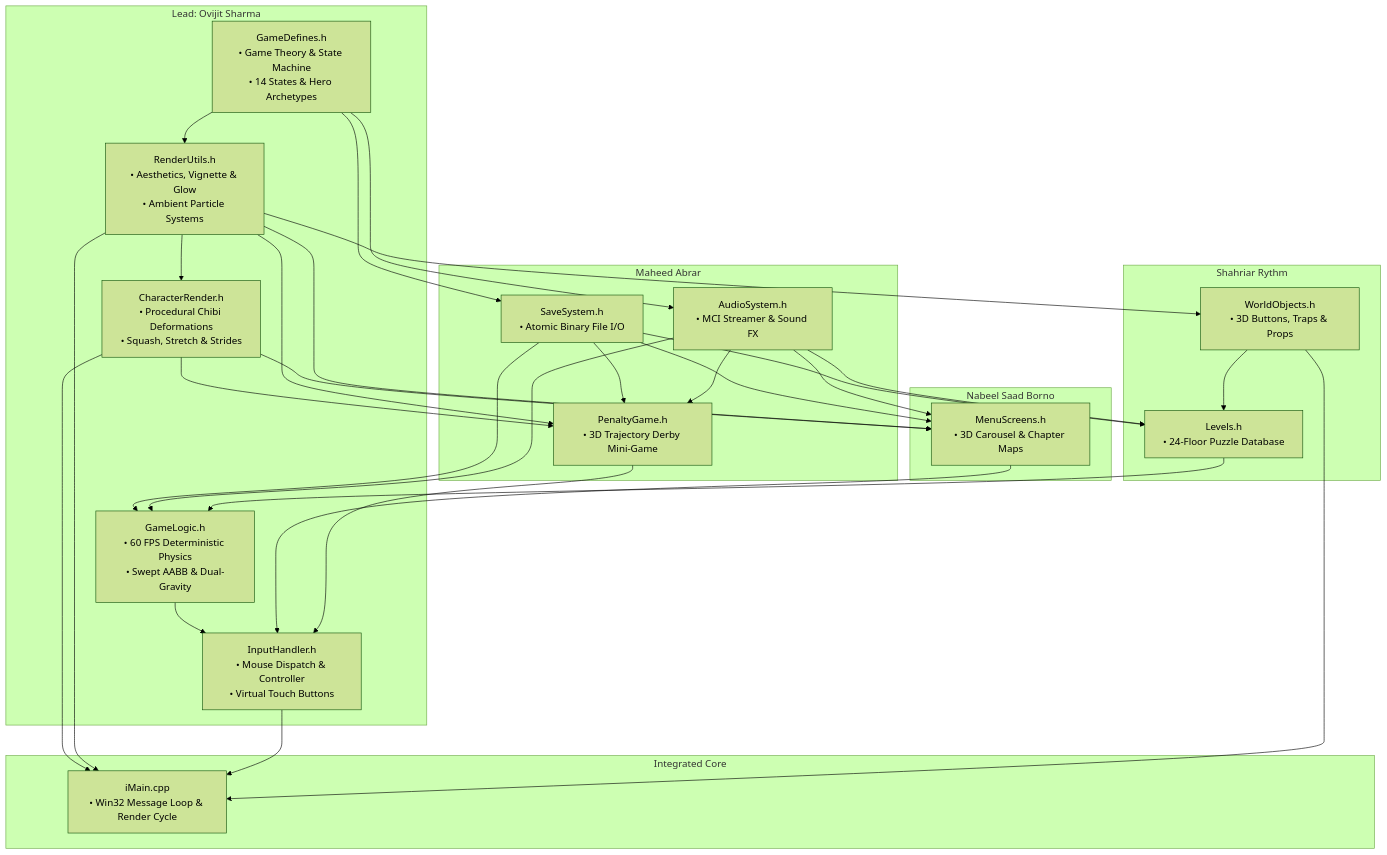
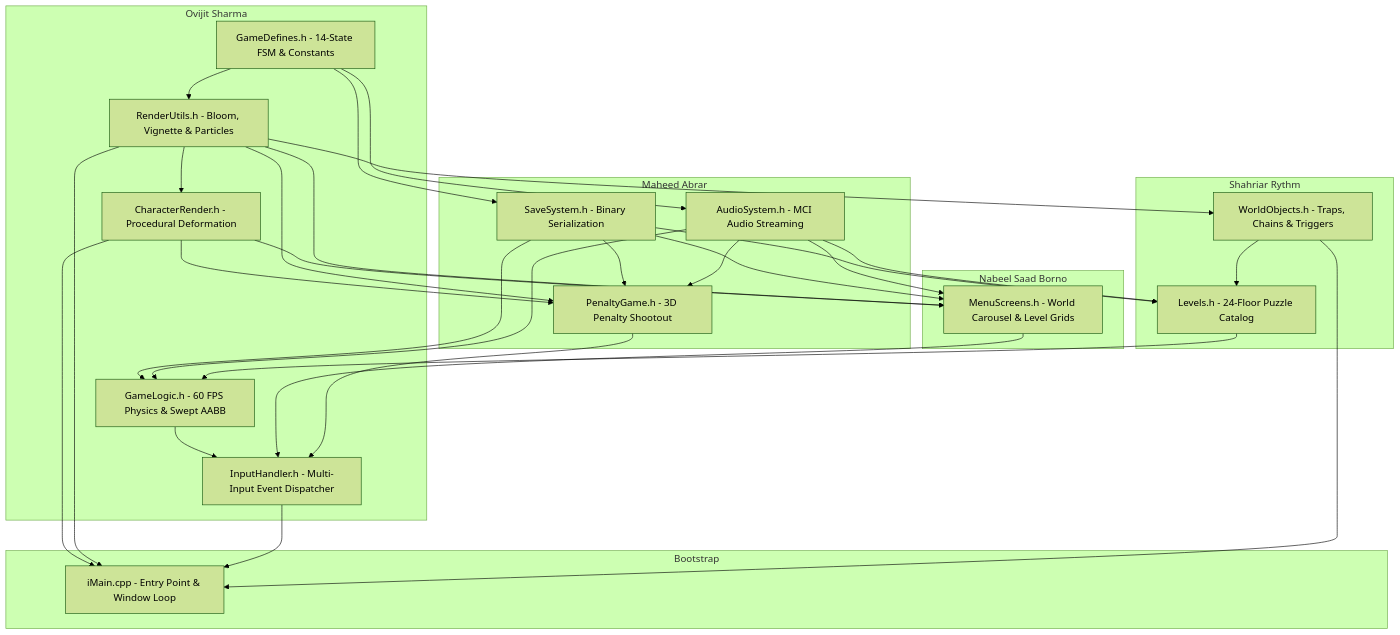
The diagram in README.md (OVIJIT0844J/TrickyCastle), drawn with Mermaid (forest theme) before and after one commit. The commit also changed other lines of this file, not shown here.

````diff
--- a/README.md
+++ b/README.md
@@ -133,42 +100,42 @@
 ```mermaid
 graph TD
-    subgraph Core Physics & Theory [Lead: Ovijit Sharma]
-        GD[GameDefines.h<br/>• Game Theory & State Machine<br/>• 14 States & Hero Archetypes]
-        RU[RenderUtils.h<br/>• Aesthetics, Vignette & Glow<br/>• Ambient Particle Systems]
-        CR[CharacterRender.h<br/>• Procedural Chibi Deformations<br/>• Squash, Stretch & Strides]
-        GL[GameLogic.h<br/>• 60 FPS Deterministic Physics<br/>• Swept AABB & Dual-Gravity]
-        IH[InputHandler.h<br/>• Mouse Dispatch & Controller<br/>• Virtual Touch Buttons]
+    subgraph Core Physics & Theory [Ovijit Sharma]
+        GD[GameDefines.h - 14-State FSM & Constants]
+        RU[RenderUtils.h - Bloom, Vignette & Particles]
+        CR[CharacterRender.h - Procedural Deformation]
+        GL[GameLogic.h - 60 FPS Physics & Swept AABB]
+        IH[InputHandler.h - Multi-Input Event Dispatcher]
     end
 
     subgraph Systems & Persistence [Maheed Abrar]
-        AS[AudioSystem.h<br/>• MCI Streamer & Sound FX]
-        SS[SaveSystem.h<br/>• Atomic Binary File I/O]
-        PG[PenaltyGame.h<br/>• 3D Trajectory Derby Mini-Game]
+        AS[AudioSystem.h - MCI Audio Streaming]
+        SS[SaveSystem.h - Binary Serialization]
+        PG[PenaltyGame.h - 3D Penalty Shootout]
     end
 
     subgraph World & Level Design [Shahriar Rythm]
-        WO[WorldObjects.h<br/>• 3D Buttons, Traps & Props]
-        LV[Levels.h<br/>• 24-Floor Puzzle Database]
+        WO[WorldObjects.h - Traps, Chains & Triggers]
+        LV[Levels.h - 24-Floor Puzzle Catalog]
     end
 
-    subgraph UI & Experience [Nabeel Saad Borno]
-        MS[MenuScreens.h<br/>• 3D Carousel & Chapter Maps]
+    subgraph UI & Menus [Nabeel Saad Borno]
+        MS[MenuScreens.h - World Carousel & Level Grids]
     end
 
-    subgraph Engine Bootstrap [Integrated Core]
-        MAIN[iMain.cpp<br/>• Win32 Message Loop & Render Cycle]
+    subgraph Bootstrap
+        MAIN[iMain.cpp - Entry Point & Window Loop]
     end
 
     GD --> AS & SS & RU
     RU --> WO & CR
     WO --> LV
     SS --> LV & PG & GL & MS
     AS --> LV & PG & GL & MS
     CR --> PG & MS & MAIN
     RU --> PG & MS & MAIN
     LV --> GL --> IH
     MS --> IH
     PG --> IH
     IH --> MAIN
     WO --> MAIN
 ```
````
